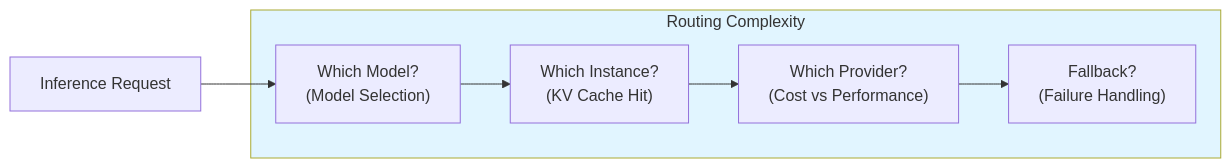
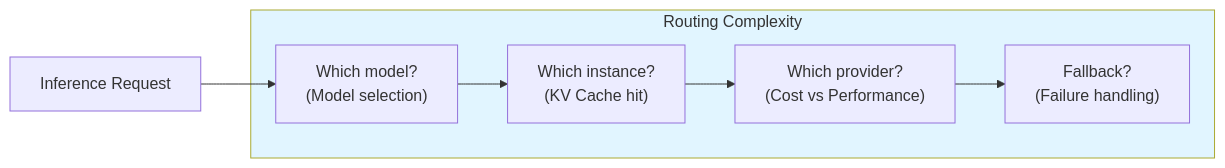
One commit to devfloor9/engineering-playbook changed the second of 4 diagrams in i18n/en/docusaurus-plugin-content-docs/current/agentic-ai-platform/design-architecture/agentic-ai-challenges.md. Above: the diagram before and after it, drawn with Mermaid. The commit also changed other lines of this file and 95 other files, not shown here.

````diff
--- a/i18n/en/docusaurus-plugin-content-docs/current/agentic-ai-platform/design-architecture/agentic-ai-challenges.md
+++ b/i18n/en/docusaurus-plugin-content-docs/current/agentic-ai-platform/design-architecture/agentic-ai-challenges.md
@@ -97,15 +154,15 @@
 ```mermaid
 flowchart LR
     REQ["Inference Request"]
 
     subgraph Challenge["Routing Complexity"]
-        Q1["Which Model?<br/>(Model Selection)"]
-        Q2["Which Instance?<br/>(KV Cache Hit)"]
-        Q3["Which Provider?<br/>(Cost vs Performance)"]
-        Q4["Fallback?<br/>(Failure Handling)"]
+        Q1["Which model?<br/>(Model selection)"]
+        Q2["Which instance?<br/>(KV Cache hit)"]
+        Q3["Which provider?<br/>(Cost vs Performance)"]
+        Q4["Fallback?<br/>(Failure handling)"]
     end
 
     REQ --> Q1 --> Q2 --> Q3 --> Q4
 
     style Challenge fill:#e1f5ff
 ```
````
